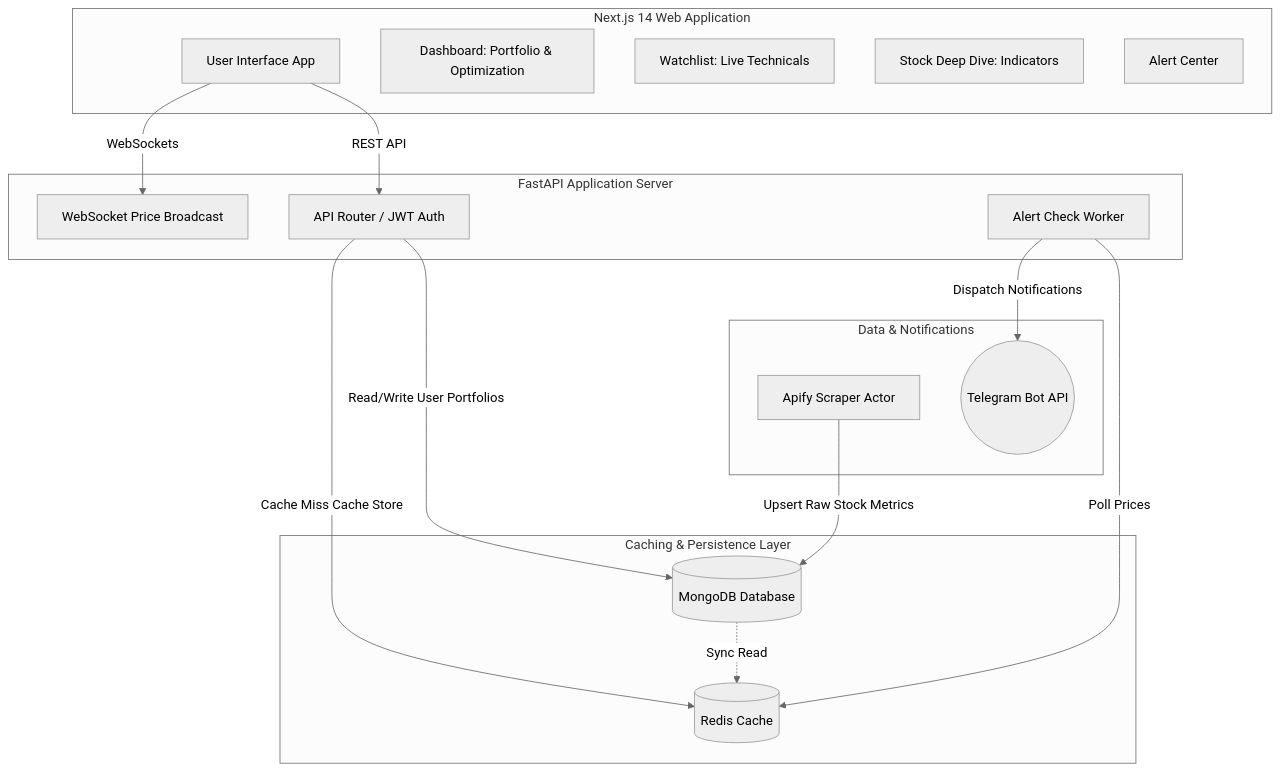
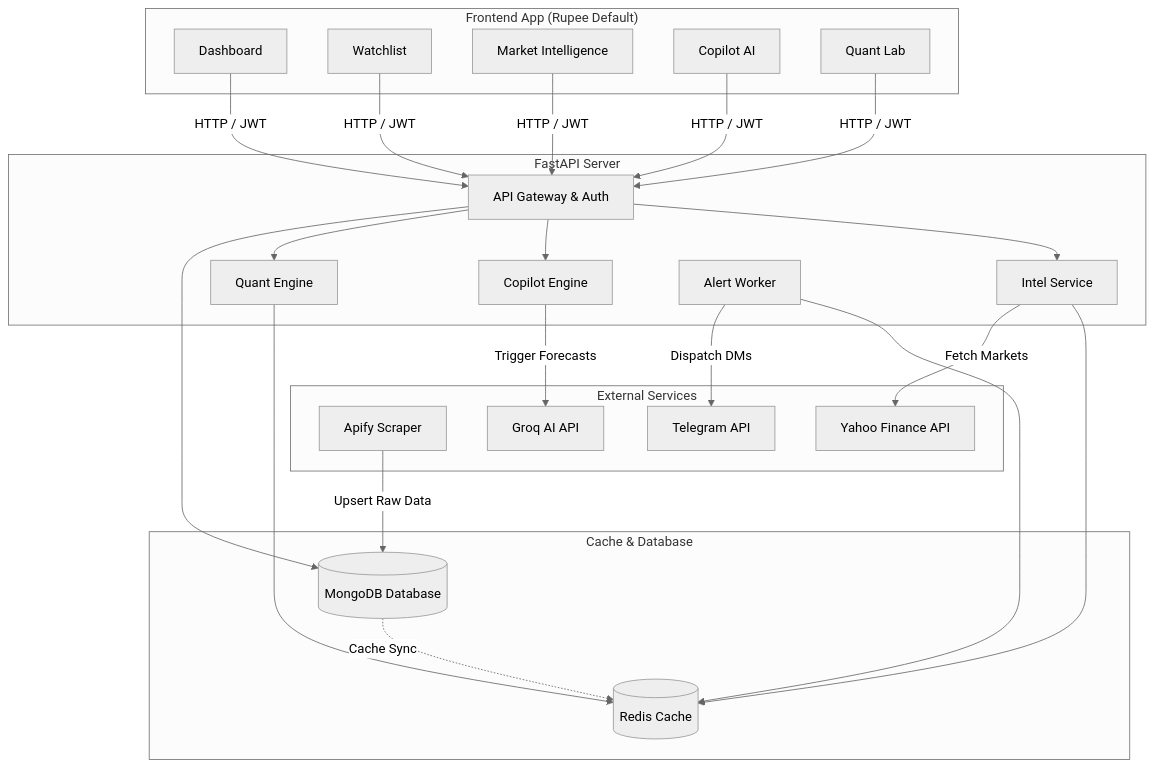
One commit to UjjwalSaini07/Stock-Sentinel changed the first of 2 diagrams in docs/ARCHITECTURE.md. Above: the diagram before and after it, drawn with Mermaid (neutral theme). The commit also changed other lines of this file and 3 other files, not shown here.

````diff
--- a/docs/ARCHITECTURE.md
+++ b/docs/ARCHITECTURE.md
@@ -23,35 +23,46 @@
 ```mermaid
 graph TD
-    subgraph Frontend [Next.js 14 Web Application]
-        FE[User Interface App]
-        FE_D[Dashboard: Portfolio & Optimization]
-        FE_W[Watchlist: Live Technicals]
-        FE_S[Stock Deep Dive: Indicators]
-        FE_A[Alert Center]
+    subgraph Client ["Frontend App (Rupee Default)"]
+        FE_D[Dashboard]
+        FE_W[Watchlist]
+        FE_INTEL[Market Intelligence]
+        FE_CO[Copilot AI]
+        FE_QL[Quant Lab]
     end
 
-    subgraph Backend [FastAPI Application Server]
-        BE[API Router / JWT Auth]
-        BE_WS[WebSocket Price Broadcast]
-        BE_AC[Alert Check Worker]
+    subgraph Server ["FastAPI Server"]
+        BE_GW[API Gateway & Auth]
+        BE_INTEL[Intel Service]
+        BE_CO[Copilot Engine]
+        BE_QL[Quant Engine]
+        BE_AC[Alert Worker]
     end
 
-    subgraph Storage [Caching & Persistence Layer]
+    subgraph Storage ["Cache & Database"]
+        RD[(Redis Cache)]
         MG[(MongoDB Database)]
-        RD[(Redis Cache)]
     end
 
-    subgraph External [Data & Notifications]
-        AP[Apify Scraper Actor]
-        TG((Telegram Bot API))
+    subgraph External ["External Services"]
+        AP[Apify Scraper]
+        YF[Yahoo Finance API]
+        GQ[Groq AI API]
+        TG[Telegram API]
     end
 
-    FE -->|REST API| BE
-    FE -->|WebSockets| BE_WS
-    BE -->|Read/Write User Portfolios| MG
-    BE -->|Cache Miss Cache Store| RD
-    BE_AC -->|Poll Prices| RD
-    BE_AC -->|Dispatch Notifications| TG
-    AP -->|Upsert Raw Stock Metrics| MG
-    MG -.->|Sync Read| RD
+    %% Routing
+    FE_D & FE_W & FE_INTEL & FE_CO & FE_QL -->|HTTP / JWT| BE_GW
+    BE_GW --> BE_INTEL & BE_CO & BE_QL
+    
+    %% Storage access
+    BE_GW --> MG
+    BE_INTEL & BE_QL --> RD
+    BE_AC --> RD
+    MG -.->|Cache Sync| RD
+
+    %% External APIs
+    AP -->|Upsert Raw Data| MG
+    BE_INTEL -->|Fetch Markets| YF
+    BE_CO -->|Trigger Forecasts| GQ
+    BE_AC -->|Dispatch DMs| TG
 ```
````
